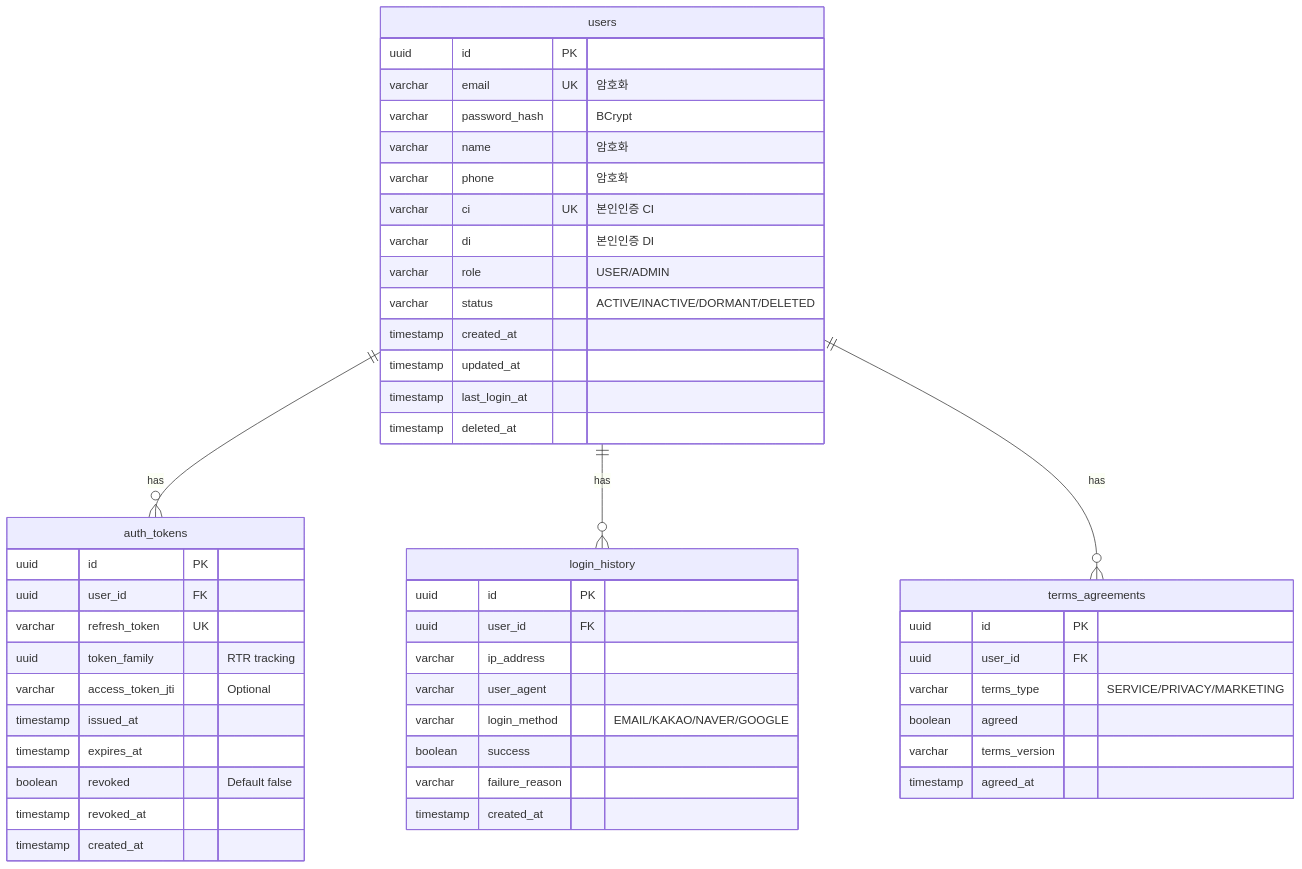
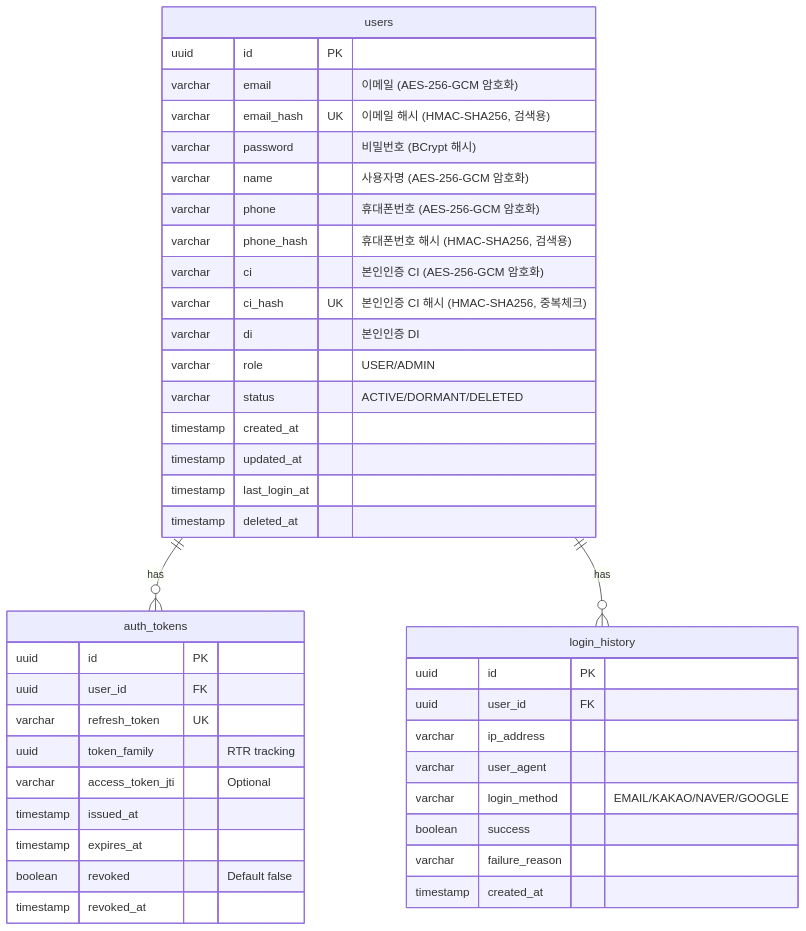
The first of 5 diagrams in docs/architecture/04_data.md (paircoders/ticket-queue), drawn with Mermaid before and after one commit. The commit also changed other lines of this file and 2 other files, not shown here.

First line of the commit message:
docs: User, Event 스키마 수정

````diff
--- a/docs/architecture/04_data.md
+++ b/docs/architecture/04_data.md
@@ -100,55 +100,47 @@
 ```mermaid
 erDiagram
     users ||--o{ auth_tokens : has
     users ||--o{ login_history : has
-    users ||--o{ terms_agreements : has
 
     users {
         uuid id PK
-        varchar email UK "암호화"
-        varchar password_hash "BCrypt"
-        varchar name "암호화"
-        varchar phone "암호화"
-        varchar ci UK "본인인증 CI"
+        varchar email "이메일 (AES-256-GCM 암호화)"
+        varchar email_hash UK "이메일 해시 (HMAC-SHA256, 검색용)"
+        varchar password "비밀번호 (BCrypt 해시)"
+        varchar name "사용자명 (AES-256-GCM 암호화)"
+        varchar phone "휴대폰번호 (AES-256-GCM 암호화)"
+        varchar phone_hash "휴대폰번호 해시 (HMAC-SHA256, 검색용)"
+        varchar ci "본인인증 CI (AES-256-GCM 암호화)"
+        varchar ci_hash UK "본인인증 CI 해시 (HMAC-SHA256, 중복체크)"
         varchar di "본인인증 DI"
         varchar role "USER/ADMIN"
-        varchar status "ACTIVE/INACTIVE/DORMANT/DELETED"
+        varchar status "ACTIVE/DORMANT/DELETED"
         timestamp created_at
         timestamp updated_at
         timestamp last_login_at
         timestamp deleted_at
     }
 
     auth_tokens {
         uuid id PK
         uuid user_id FK
         varchar refresh_token UK
         uuid token_family "RTR tracking"
         varchar access_token_jti "Optional"
         timestamp issued_at
         timestamp expires_at
         boolean revoked "Default false"
         timestamp revoked_at
-        timestamp created_at
     }
 
     login_history {
         uuid id PK
         uuid user_id FK
         varchar ip_address
         varchar user_agent
         varchar login_method "EMAIL/KAKAO/NAVER/GOOGLE"
         boolean success
         varchar failure_reason
         timestamp created_at
     }
-
-    terms_agreements {
-        uuid id PK
-        uuid user_id FK
-        varchar terms_type "SERVICE/PRIVACY/MARKETING"
-        boolean agreed
-        varchar terms_version
-        timestamp agreed_at
-    }
 ```
````
